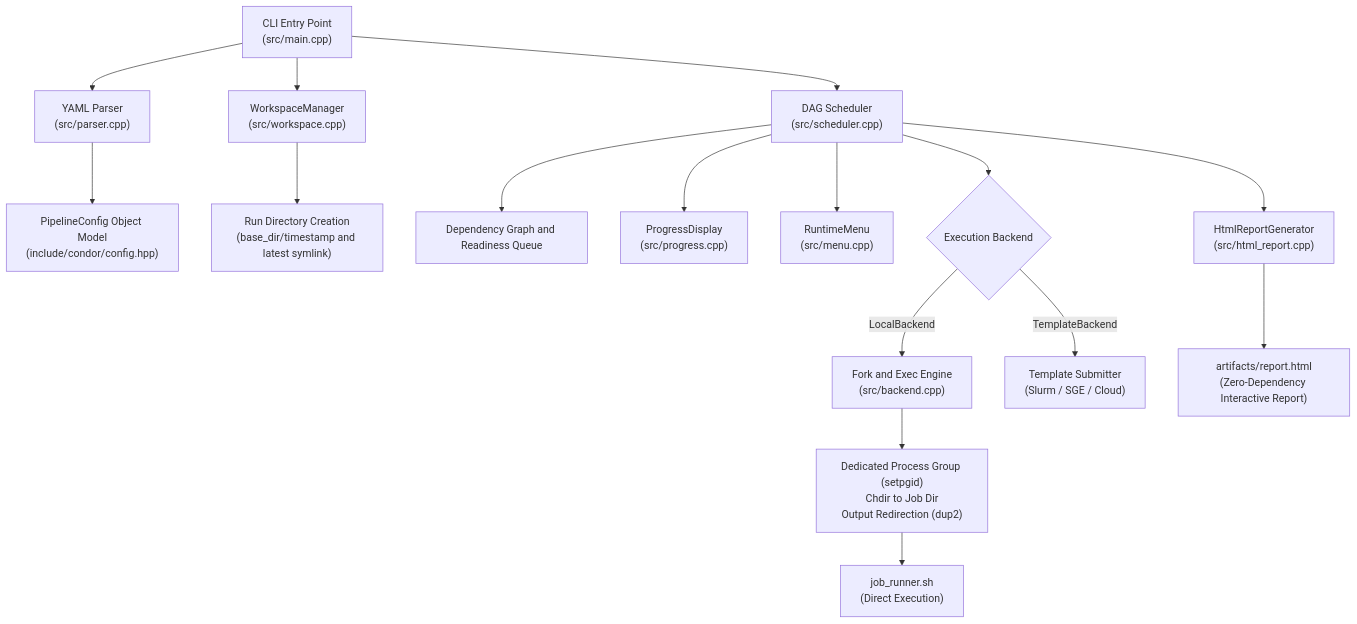
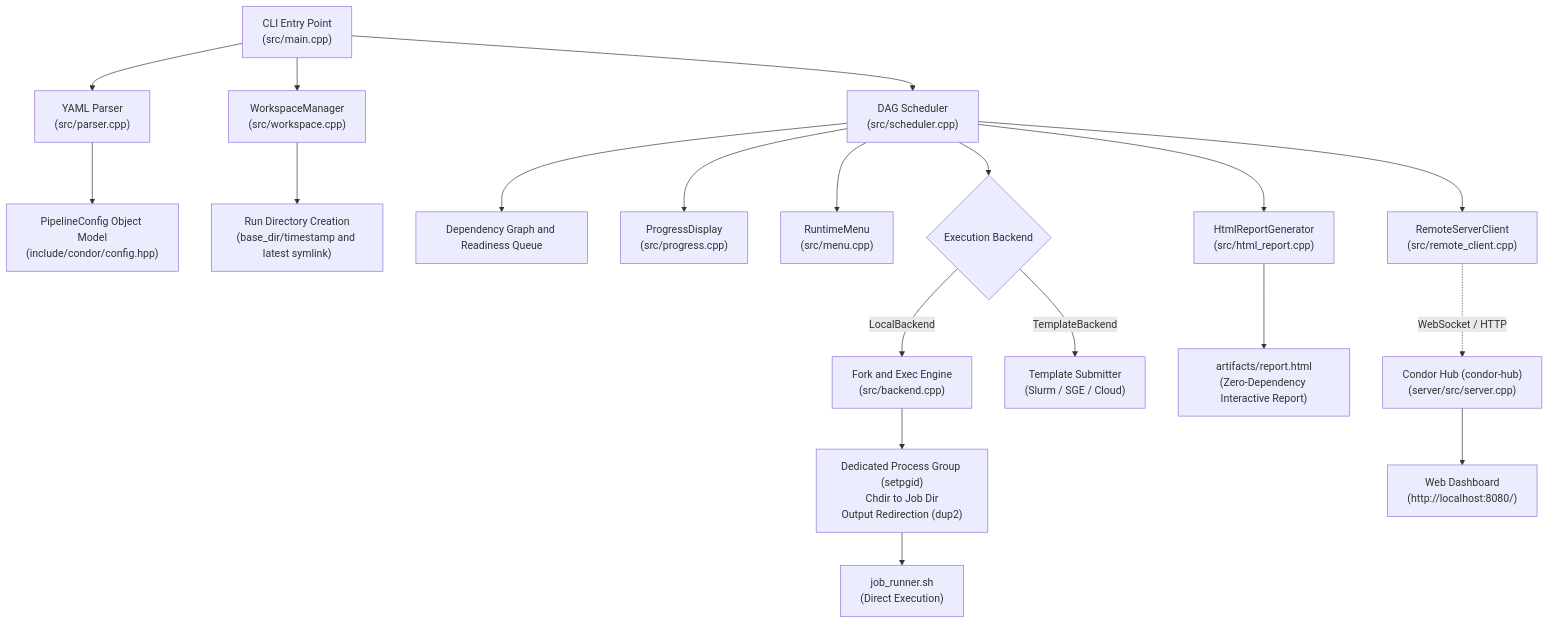
Before and after one commit to zkalves/condor: the first of 3 diagrams in docs/user/architecture.md, drawn with Mermaid. The commit also changed other lines of this file and 6 other files, not shown here.

Commit message:
docs: document Condor Hub architecture, server CLI, dashboard, and make targets

````diff
--- a/docs/user/architecture.md
+++ b/docs/user/architecture.md
@@ -14,23 +14,27 @@
 ```mermaid
 flowchart TD
     CLI["CLI Entry Point\n(src/main.cpp)"] --> PARSER["YAML Parser\n(src/parser.cpp)"]
     PARSER --> CONFIG["PipelineConfig Object Model\n(include/condor/config.hpp)"]
     
     CLI --> WS["WorkspaceManager\n(src/workspace.cpp)"]
     WS --> RUN_DIR["Run Directory Creation\n(base_dir/timestamp and latest symlink)"]
     
     CLI --> SCHED["DAG Scheduler\n(src/scheduler.cpp)"]
     SCHED --> DAG["Dependency Graph and Readiness Queue"]
     SCHED --> PROGRESS["ProgressDisplay\n(src/progress.cpp)"]
     SCHED --> MENU["RuntimeMenu\n(src/menu.cpp)"]
     
     SCHED --> BACKEND{"Execution Backend"}
     BACKEND -->|LocalBackend| LOCAL["Fork and Exec Engine\n(src/backend.cpp)"]
     BACKEND -->|TemplateBackend| GRID["Template Submitter\n(Slurm / SGE / Cloud)"]
     
     LOCAL --> PGID["Dedicated Process Group (setpgid)\nChdir to Job Dir\nOutput Redirection (dup2)"]
     PGID --> RUNNER["job_runner.sh\n(Direct Execution)"]
     
     SCHED --> REPORT["HtmlReportGenerator\n(src/html_report.cpp)"]
     REPORT --> HTML["artifacts/report.html\n(Zero-Dependency Interactive Report)"]
+
+    SCHED --> REMOTE["RemoteServerClient\n(src/remote_client.cpp)"]
+    REMOTE -.->|WebSocket / HTTP| HUB["Condor Hub (condor-hub)\n(server/src/server.cpp)"]
+    HUB --> DASH["Web Dashboard\n(http://localhost:8080/)"]
 ```
````
